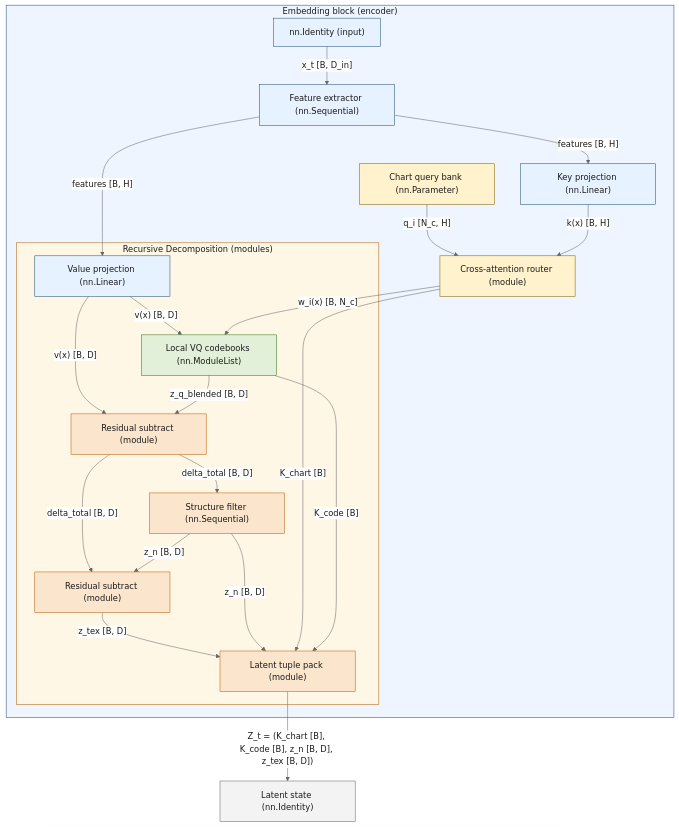
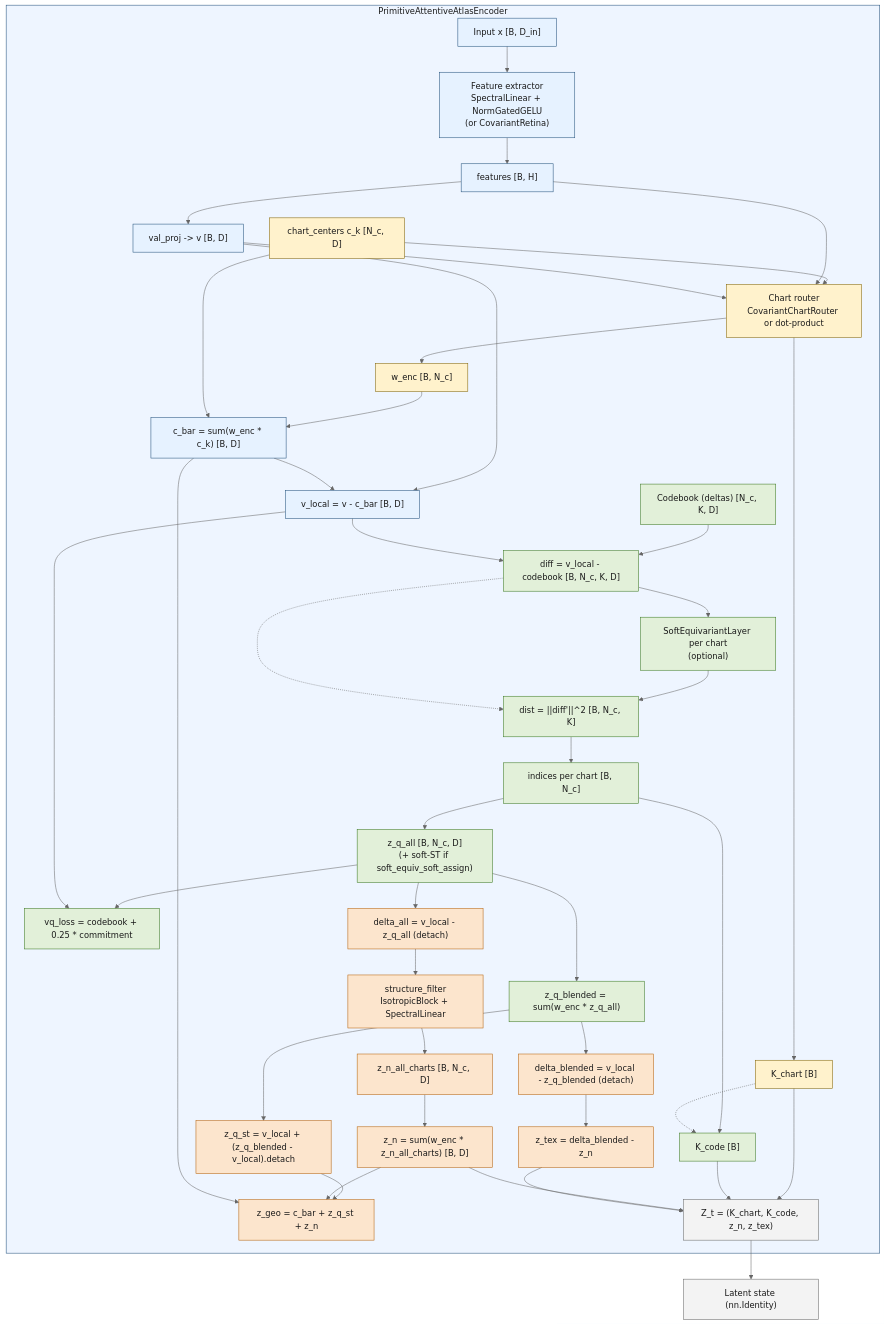
Before and after one commit to FragileTech/fragile: the first of 3 diagrams in docs/source/1_agent/03_architecture/01_compute_tiers.md, drawn with Mermaid. The commit also changed other lines of this file and 94 other files, not shown here.

Commit message:
Add architecture diagrams

````diff
--- a/docs/source/1_agent/03_architecture/01_compute_tiers.md
+++ b/docs/source/1_agent/03_architecture/01_compute_tiers.md
@@ -1526,46 +1445,66 @@
 ```{mermaid}
 %%{init: {"themeVariables": {"edgeLabelBackground":"#ffffff","textColor":"#1a1a1a","lineColor":"#666666"}}}%%
 flowchart TD
-    subgraph ENC["Embedding block (encoder)"]
-        Input["nn.Identity (input)"] -- "x_t [B, D_in]" --> FE["Feature extractor (nn.Sequential)"]
+    subgraph ENC["PrimitiveAttentiveAtlasEncoder"]
+        X["Input x [B, D_in]"] --> FE["Feature extractor\nSpectralLinear + NormGatedGELU\n(or CovariantRetina)"]
+        FE --> F["features [B, H]"]
+        F --> Vproj["val_proj -> v [B, D]"]
+        ChartCenters["chart_centers c_k [N_c, D]"] --> RouterEnc["Chart router\nCovariantChartRouter or dot-product"]
+        F --> RouterEnc
+        Vproj --> RouterEnc
+        RouterEnc --> Wenc["w_enc [B, N_c]"]
+        RouterEnc --> Kchart["K_chart [B]"]
 
-        FE -- "features [B, H]" --> Kproj["Key projection (nn.Linear)"]
-        FE -- "features [B, H]" --> Vproj["Value projection (nn.Linear)"]
+        Wenc --> Cbar["c_bar = sum(w_enc * c_k) [B, D]"]
+        ChartCenters --> Cbar
+        Vproj --> Vlocal["v_local = v - c_bar [B, D]"]
+        Cbar --> Vlocal
 
-        Qbank["Chart query bank (nn.Parameter)"] -- "q_i [N_c, H]" --> Router["Cross-attention router (module)"]
-        Kproj -- "k(x) [B, H]" --> Router
+        Codebook["Codebook (deltas) [N_c, K, D]"] --> Diff["diff = v_local - codebook [B, N_c, K, D]"]
+        Vlocal --> Diff
+        Diff --> SoftEq["SoftEquivariantLayer per chart\n(optional)"]
+        SoftEq --> Dist["dist = ||diff'||^2 [B, N_c, K]"]
+        Diff -.-> Dist
+        Dist --> Indices["indices per chart [B, N_c]"]
+        Indices --> ZqAll["z_q_all [B, N_c, D]\n(+ soft-ST if soft_equiv_soft_assign)"]
+        ZqAll --> ZqBlend["z_q_blended = sum(w_enc * z_q_all)"]
+        Indices --> Kcode["K_code [B]"]
+        Kchart -.-> Kcode
 
-        Vproj -- "v(x) [B, D]" --> VQ["Local VQ codebooks (nn.ModuleList)"]
-        Router -- "w_i(x) [B, N_c]" --> VQ
+        ZqAll --> VQLoss["vq_loss = codebook + 0.25 * commitment"]
+        Vlocal --> VQLoss
 
-        subgraph RDEC["Recursive Decomposition (modules)"]
-            Vproj -- "v(x) [B, D]" --> Sub1["Residual subtract (module)"]
-        VQ -- "z_q_blended [B, D]" --> Sub1
-            Sub1 -- "delta_total [B, D]" --> Filter["Structure filter (nn.Sequential)"]
-            Sub1 -- "delta_total [B, D]" --> Sub2["Residual subtract (module)"]
-            Filter -- "z_n [B, D]" --> Sub2
-            Sub2 -- "z_tex [B, D]" --> Pack["Latent tuple pack (module)"]
-            Filter -- "z_n [B, D]" --> Pack
-        end
+        ZqAll --> DeltaAll["delta_all = v_local - z_q_all (detach)"]
+        DeltaAll --> Struct["structure_filter\nIsotropicBlock + SpectralLinear"]
+        Struct --> ZnAll["z_n_all_charts [B, N_c, D]"]
+        ZnAll --> Zn["z_n = sum(w_enc * z_n_all_charts) [B, D]"]
+        ZqBlend --> DeltaBlend["delta_blended = v_local - z_q_blended (detach)"]
+        DeltaBlend --> Ztex["z_tex = delta_blended - z_n"]
 
-        Router -- "K_chart [B]" --> Pack
-        VQ -- "K_code [B]" --> Pack
+        ZqBlend --> ZqSt["z_q_st = v_local + (z_q_blended - v_local).detach"]
+        ZqSt --> Zgeo["z_geo = c_bar + z_q_st + z_n"]
+        Zn --> Zgeo
+        Cbar --> Zgeo
+
+        Kchart --> Pack["Z_t = (K_chart, K_code, z_n, z_tex)"]
+        Kcode --> Pack
+        Zn --> Pack
+        Ztex --> Pack
     end
 
-    Pack -- "Z_t = (K_chart [B], K_code [B], z_n [B, D], z_tex [B, D])" --> Output["Latent state (nn.Identity)"]
+    Pack --> Output["Latent state (nn.Identity)"]
 
     classDef encoder fill:#e6f2ff,stroke:#1f4e79,stroke-width:1px,color:#1a1a1a;
     classDef router fill:#fff2cc,stroke:#7f6000,stroke-width:1px,color:#1a1a1a;
     classDef vq fill:#e2f0d9,stroke:#38761d,stroke-width:1px,color:#1a1a1a;
     classDef residual fill:#fce5cd,stroke:#b45f06,stroke-width:1px,color:#1a1a1a;
     classDef io fill:#f3f3f3,stroke:#666666,stroke-width:1px,color:#1a1a1a;
 
-    class Input,FE,Kproj,Vproj encoder;
-    class Qbank,Router router;
-    class VQ vq;
-    class Sub1,Sub2,Filter,Pack residual;
-    class Output io;
+    class X,FE,F,Vproj,Vlocal,Cbar encoder;
+    class ChartCenters,RouterEnc,Wenc,Kchart router;
+    class Codebook,Diff,SoftEq,Dist,Indices,ZqAll,ZqBlend,VQLoss,Kcode vq;
+    class DeltaAll,Struct,ZnAll,Zn,DeltaBlend,Ztex,ZqSt,Zgeo residual;
+    class Pack,Output io;
 
     style ENC fill:#eef5ff,stroke:#1f4e79,stroke-width:1px,color:#1a1a1a;
-    style RDEC fill:#fff7e6,stroke:#b45f06,stroke-width:1px,color:#1a1a1a;
 ```
````
